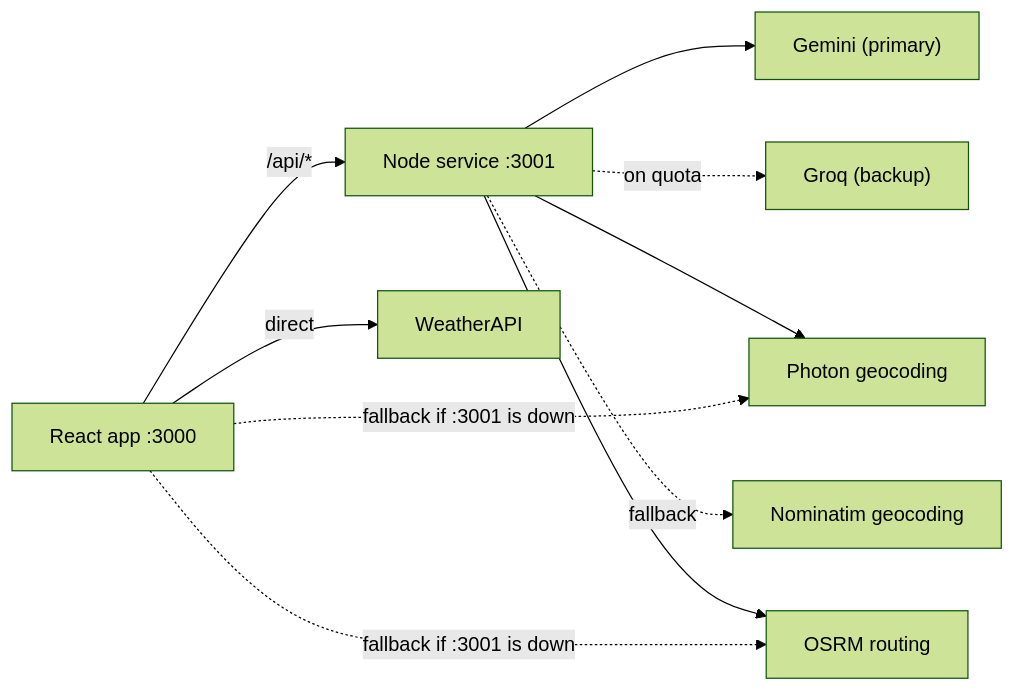
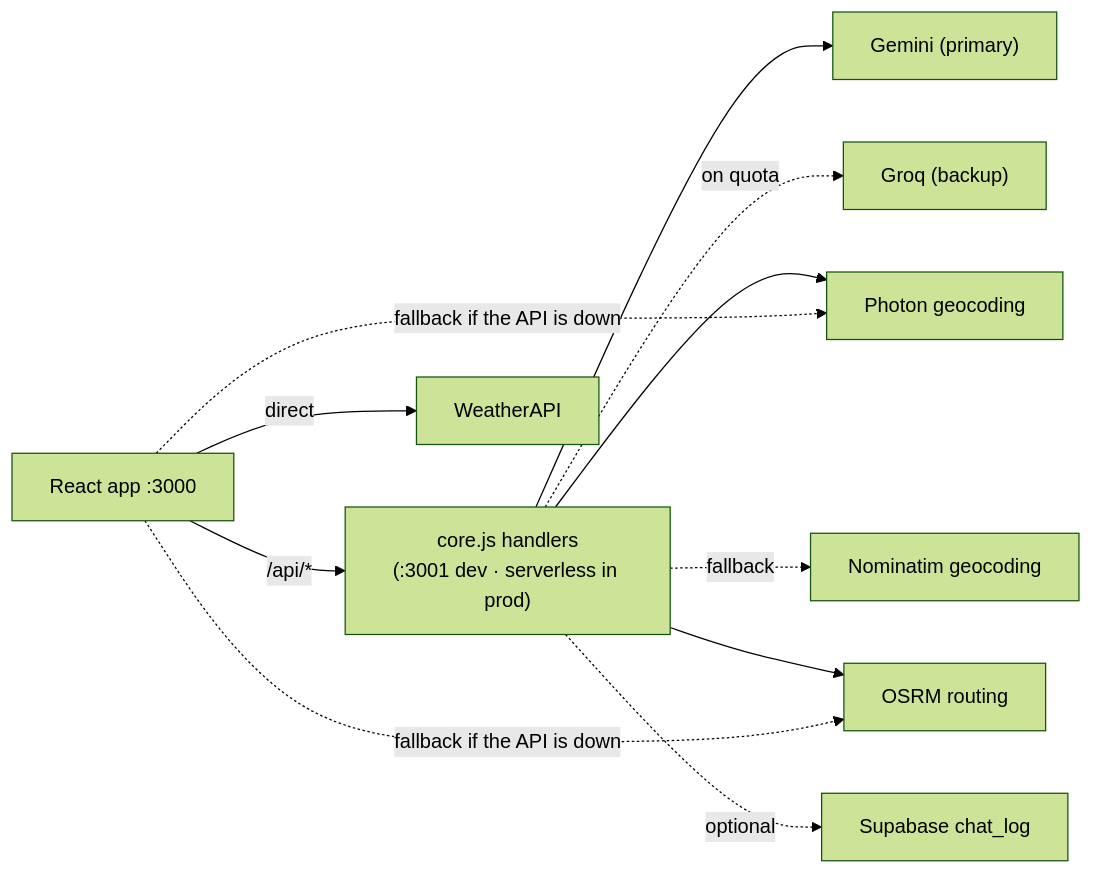
Before and after one commit to albertleooonardi/aether: the diagram in README.md, drawn with Mermaid (forest theme). The commit also changed other lines of this file and 30 other files, not shown here.

````diff
--- a/README.md
+++ b/README.md
@@ -56,14 +97,15 @@
 ```mermaid
 flowchart LR
-    UI["React app :3000"] -->|/api/*| API["Node service :3001"]
+    UI["React app :3000"] -->|/api/*| API["core.js handlers<br/>(:3001 dev · serverless in prod)"]
     UI -->|direct| WAPI["WeatherAPI"]
 
     API --> GEM["Gemini (primary)"]
     API -.->|on quota| GROQ["Groq (backup)"]
     API --> PHO["Photon geocoding"]
     API -.->|fallback| NOM["Nominatim geocoding"]
     API --> OSRM["OSRM routing"]
+    API -.->|optional| SUPA["Supabase chat_log"]
 
-    UI -.->|"fallback if :3001 is down"| PHO
-    UI -.->|"fallback if :3001 is down"| OSRM
+    UI -.->|"fallback if the API is down"| PHO
+    UI -.->|"fallback if the API is down"| OSRM
 ```
````
